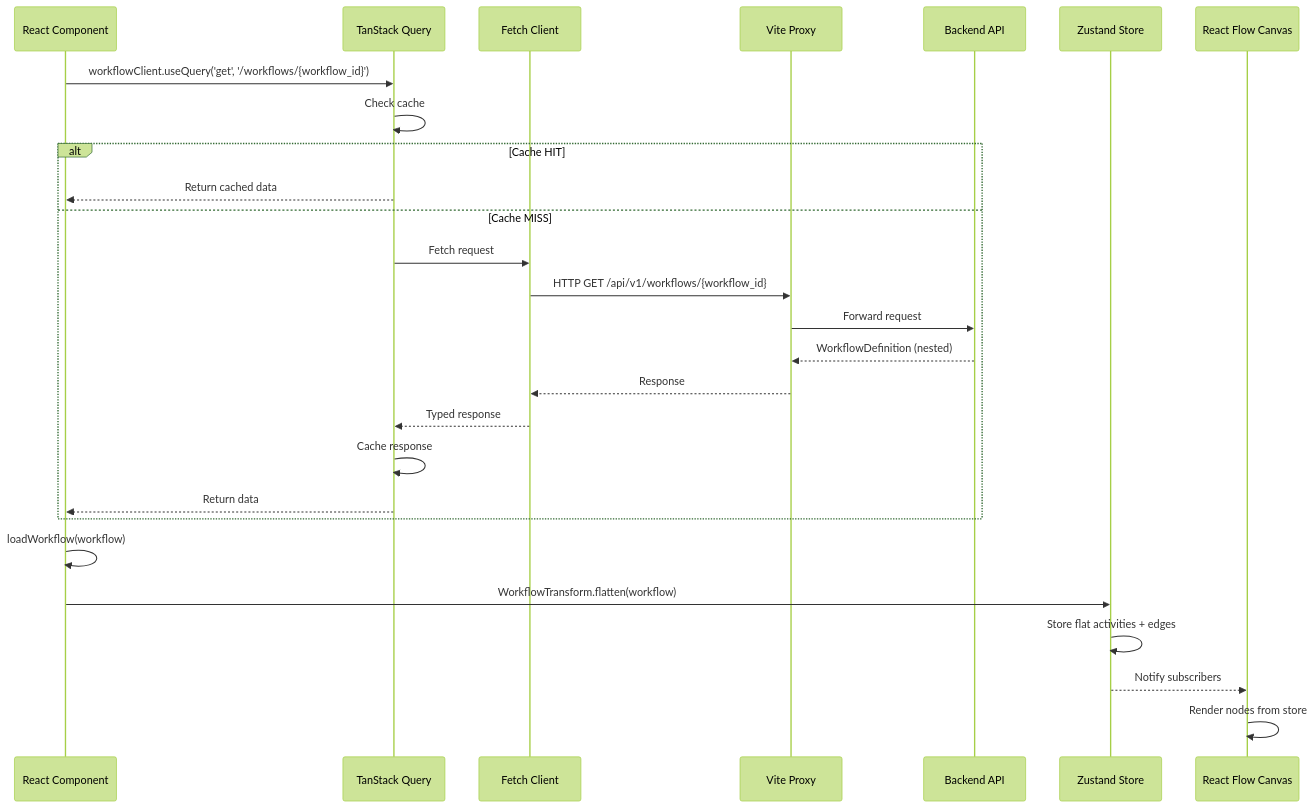
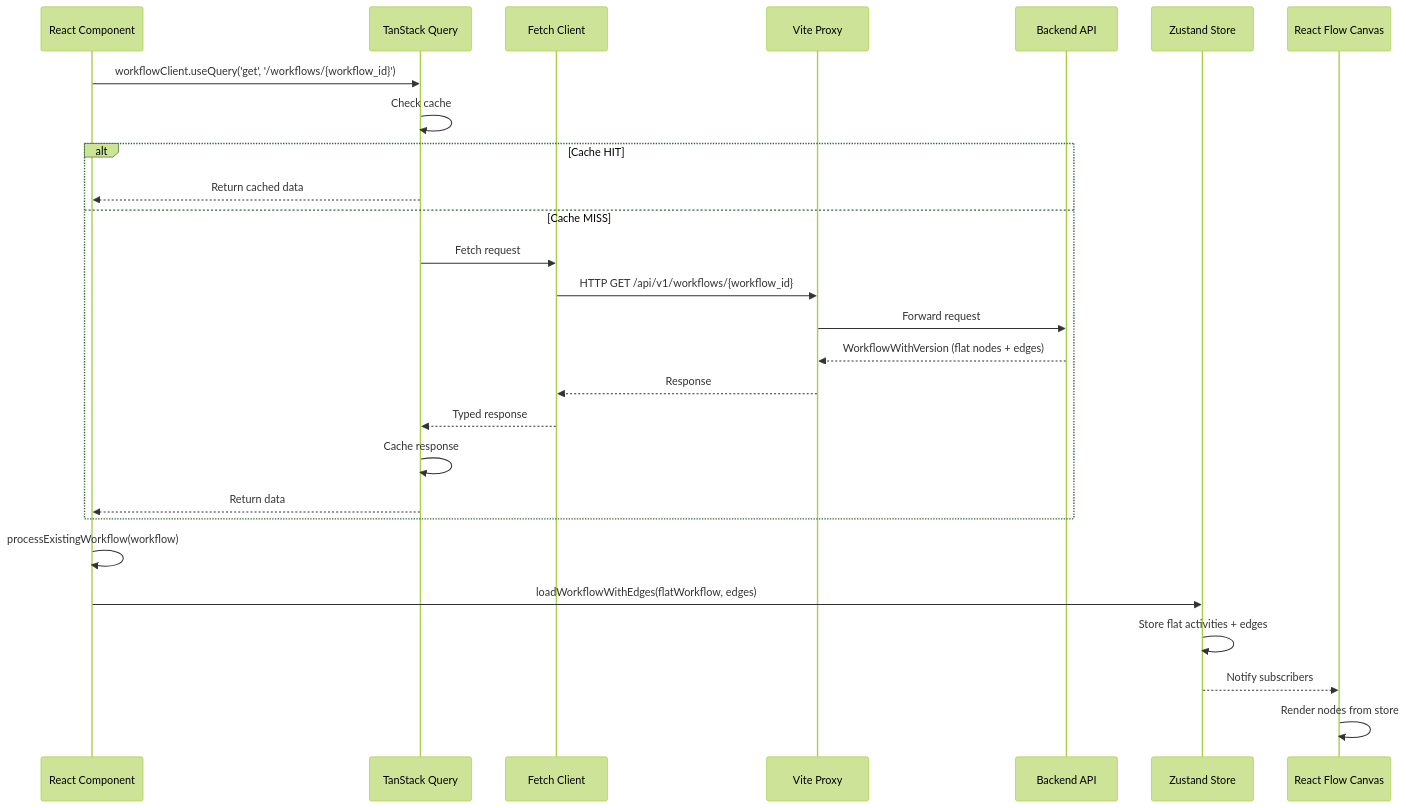
The fourth of 7 diagrams in docs/data-flow.md (alinabuzachis/syntara), drawn with Mermaid (forest theme) before and after one commit. The commit also changed other lines of this file and 6 other files, not shown here.

First line of the commit message:
chore(docs): update and simplify all docs for v2 workflow schema (#533)

````diff
--- a/docs/data-flow.md
+++ b/docs/data-flow.md
@@ -225,32 +225,32 @@
 ```mermaid
 sequenceDiagram
     participant C as React Component
     participant Q as TanStack Query
     participant F as Fetch Client
     participant P as Vite Proxy
     participant B as Backend API
     participant Z as Zustand Store
     participant R as React Flow Canvas
 
     C->>Q: workflowClient.useQuery('get', '/workflows/{workflow_id}')
     Q->>Q: Check cache
 
     alt Cache HIT
         Q-->>C: Return cached data
     else Cache MISS
         Q->>F: Fetch request
         F->>P: HTTP GET /api/v1/workflows/{workflow_id}
         P->>B: Forward request
-        B-->>P: WorkflowDefinition (nested)
+        B-->>P: WorkflowWithVersion (flat nodes + edges)
         P-->>F: Response
         F-->>Q: Typed response
         Q->>Q: Cache response
         Q-->>C: Return data
     end
 
-    C->>C: loadWorkflow(workflow)
-    C->>Z: WorkflowTransform.flatten(workflow)
+    C->>C: processExistingWorkflow(workflow)
+    C->>Z: loadWorkflowWithEdges(flatWorkflow, edges)
     Z->>Z: Store flat activities + edges
     Z-->>R: Notify subscribers
     R->>R: Render nodes from store
 ```
````
